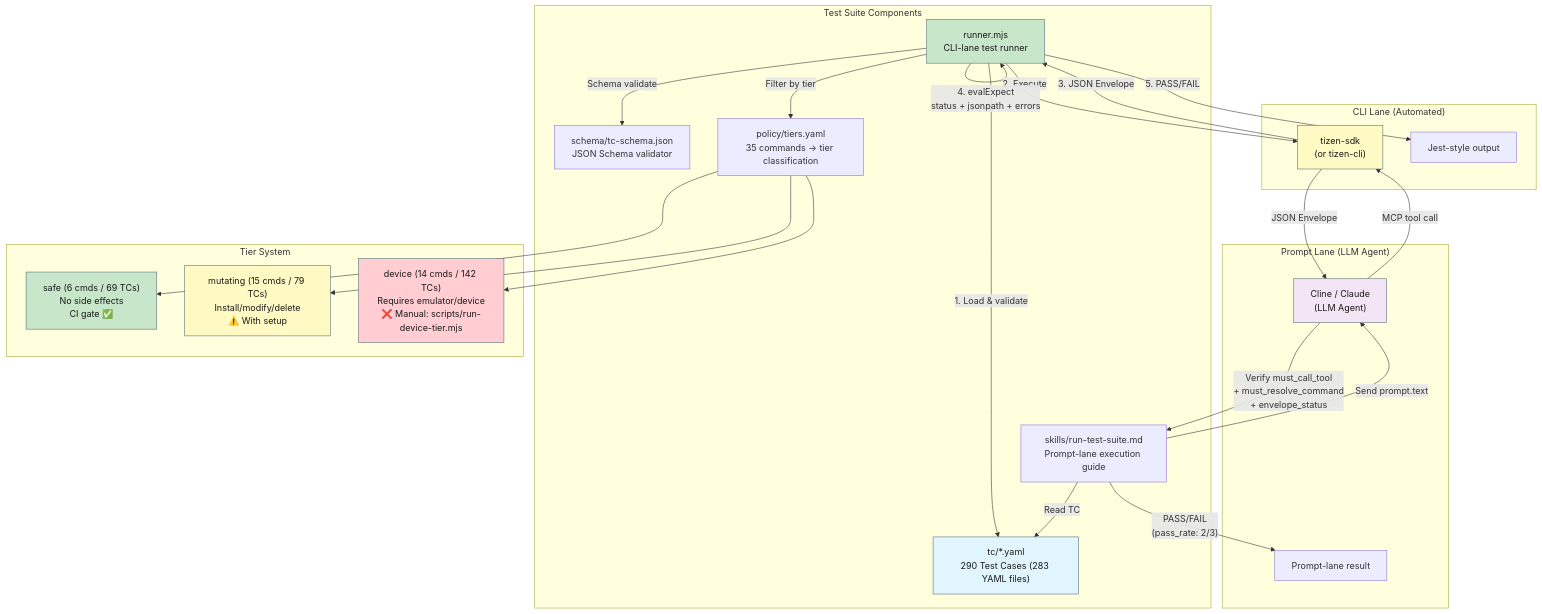
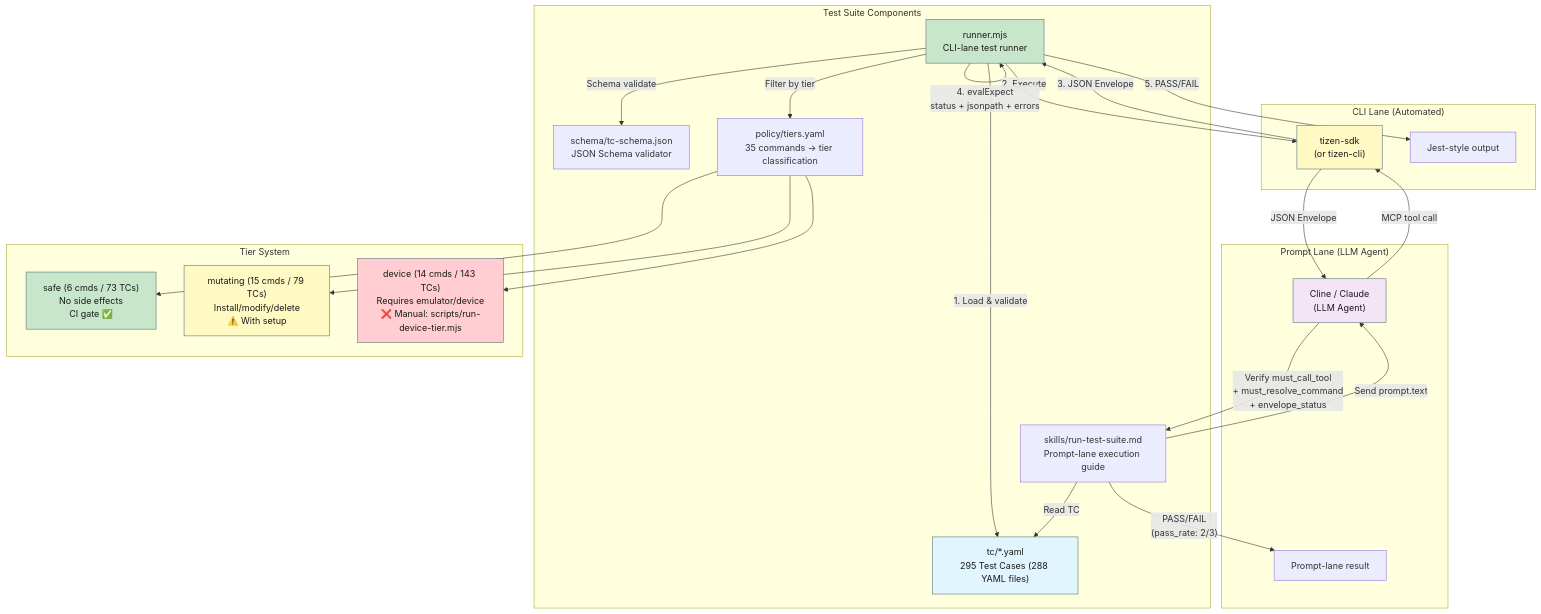
Before and after one commit to Samsung/tizen-agent-skills: the first of 4 diagrams in tizen-sdk-skills/tests/README.md, drawn with Mermaid. The commit also changed other lines of this file and 91 other files, not shown here.

````diff
--- a/tizen-sdk-skills/tests/README.md
+++ b/tizen-sdk-skills/tests/README.md
@@ -11,46 +11,46 @@
 ```mermaid
 graph TB
     subgraph "Test Suite Components"
-        TC["tc/*.yaml<br/>290 Test Cases (283 YAML files)"]
+        TC["tc/*.yaml<br/>295 Test Cases (288 YAML files)"]
         SCHEMA["schema/tc-schema.json<br/>JSON Schema validator"]
         POLICY["policy/tiers.yaml<br/>35 commands → tier classification"]
         RUNNER["runner.mjs<br/>CLI-lane test runner"]
         SKILLS["skills/run-test-suite.md<br/>Prompt-lane execution guide"]
     end
 
     subgraph "CLI Lane (Automated)"
         RUNNER -->|"1. Load & validate"| TC
         RUNNER -->|"Schema validate"| SCHEMA
         RUNNER -->|"Filter by tier"| POLICY
         RUNNER -->|"2. Execute"| PLUGIN["tizen-sdk<br/>(or tizen-cli)"]
         PLUGIN -->|"3. JSON Envelope"| RUNNER
         RUNNER -->|"4. evalExpect<br/>status + jsonpath + errors"| RUNNER
         RUNNER -->|"5. PASS/FAIL"| RESULT["Jest-style output"]
     end
 
     subgraph "Prompt Lane (LLM Agent)"
         SKILLS -->|"Read TC"| TC
         SKILLS -->|"Send prompt.text"| LLM["Cline / Claude<br/>(LLM Agent)"]
         LLM -->|"MCP tool call"| PLUGIN
         PLUGIN -->|"JSON Envelope"| LLM
         LLM -->|"Verify must_call_tool<br/>+ must_resolve_command<br/>+ envelope_status"| SKILLS
         SKILLS -->|"PASS/FAIL<br/>(pass_rate: 2/3)"| RESULT2["Prompt-lane result"]
     end
 
     subgraph "Tier System"
-        SAFE["safe (6 cmds / 69 TCs)<br/>No side effects<br/>CI gate ✅"]
+        SAFE["safe (6 cmds / 73 TCs)<br/>No side effects<br/>CI gate ✅"]
         MUTATING["mutating (15 cmds / 79 TCs)<br/>Install/modify/delete<br/>⚠️ With setup"]
-        DEVICE["device (14 cmds / 142 TCs)<br/>Requires emulator/device<br/>❌ Manual: scripts/run-device-tier.mjs"]
+        DEVICE["device (14 cmds / 143 TCs)<br/>Requires emulator/device<br/>❌ Manual: scripts/run-device-tier.mjs"]
         POLICY --> SAFE
         POLICY --> MUTATING
         POLICY --> DEVICE
     end
 
     style TC fill:#e1f5fe,stroke:#546e7a,color:#1a1a1a
     style RUNNER fill:#c8e6c9,stroke:#546e7a,color:#1a1a1a
     style PLUGIN fill:#fff9c4,stroke:#546e7a,color:#1a1a1a
     style LLM fill:#f3e5f5,stroke:#546e7a,color:#1a1a1a
     style SAFE fill:#c8e6c9,stroke:#546e7a,color:#1a1a1a
     style MUTATING fill:#fff9c4,stroke:#546e7a,color:#1a1a1a
     style DEVICE fill:#ffcdd2,stroke:#546e7a,color:#1a1a1a
 ```
````
